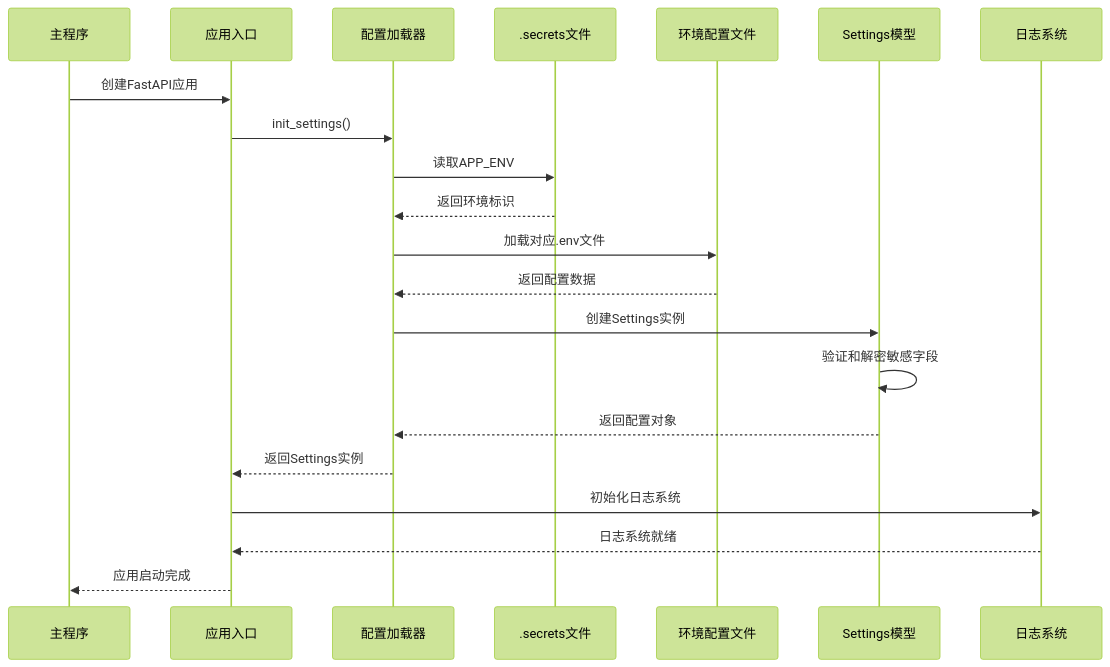
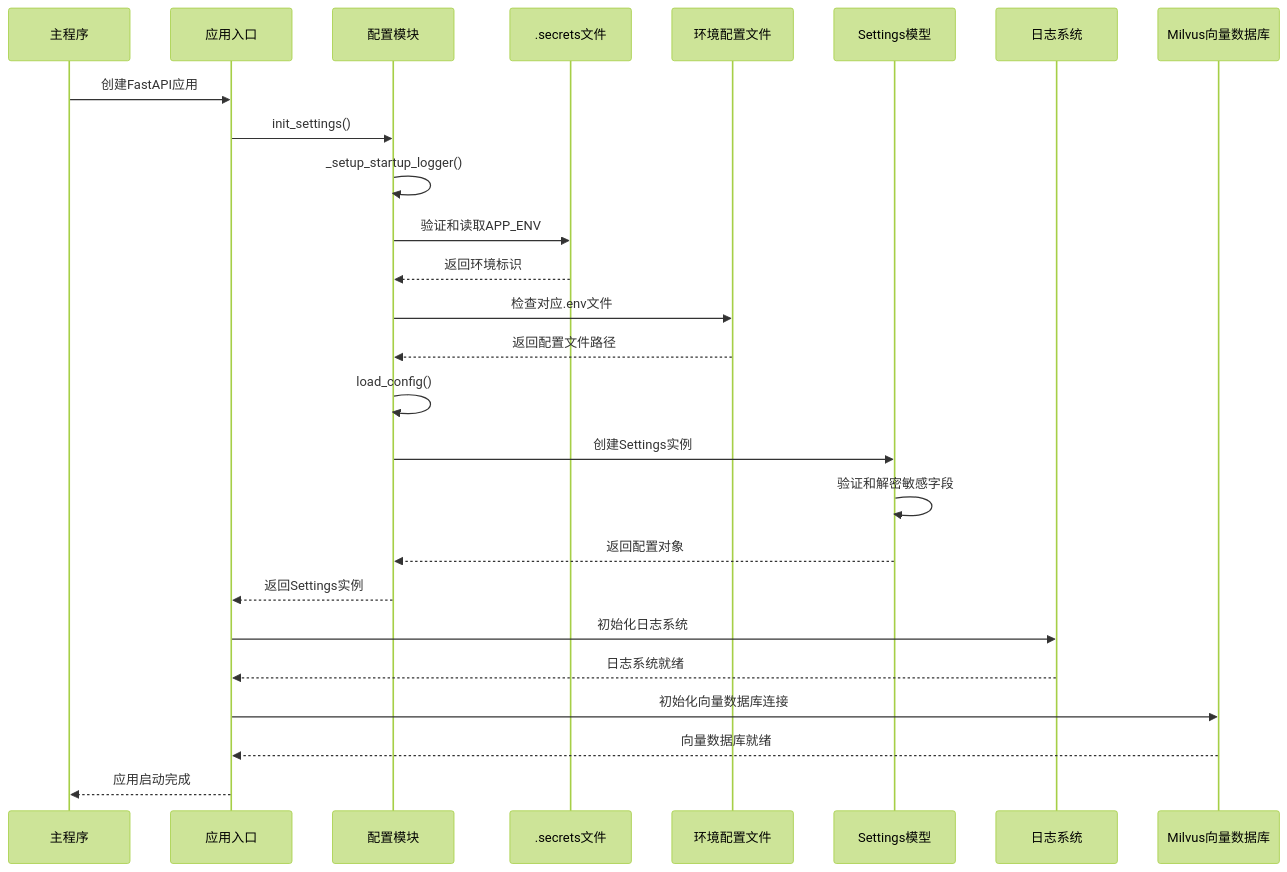
The second of 8 diagrams in .qoder/repowiki/zh/content/基础设施工具/配置系统.md (lilinzezzzzzz/fastapi-backend), drawn with Mermaid (forest theme) before and after one commit. The commit also changed other lines of this file and 42 other files, not shown here.

````diff
--- a/.qoder/repowiki/zh/content/基础设施工具/配置系统.md
+++ b/.qoder/repowiki/zh/content/基础设施工具/配置系统.md
@@ -117,23 +139,28 @@
 ```mermaid
 sequenceDiagram
 participant Main as 主程序
 participant App as 应用入口
-participant Loader as 配置加载器
+participant Config as 配置模块
 participant Secrets as .secrets文件
 participant EnvFile as 环境配置文件
 participant Settings as Settings模型
 participant Logger as 日志系统
+participant Milvus as Milvus向量数据库
 Main->>App : 创建FastAPI应用
-App->>Loader : init_settings()
-Loader->>Secrets : 读取APP_ENV
-Secrets-->>Loader : 返回环境标识
-Loader->>EnvFile : 加载对应.env文件
-EnvFile-->>Loader : 返回配置数据
-Loader->>Settings : 创建Settings实例
+App->>Config : init_settings()
+Config->>Config : _setup_startup_logger()
+Config->>Secrets : 验证和读取APP_ENV
+Secrets-->>Config : 返回环境标识
+Config->>EnvFile : 检查对应.env文件
+EnvFile-->>Config : 返回配置文件路径
+Config->>Config : load_config()
+Config->>Settings : 创建Settings实例
 Settings->>Settings : 验证和解密敏感字段
-Settings-->>Loader : 返回配置对象
-Loader-->>App : 返回Settings实例
+Settings-->>Config : 返回配置对象
+Config-->>App : 返回Settings实例
 App->>Logger : 初始化日志系统
 Logger-->>App : 日志系统就绪
+App->>Milvus : 初始化向量数据库连接
+Milvus-->>App : 向量数据库就绪
 App-->>Main : 应用启动完成
 ```
````
